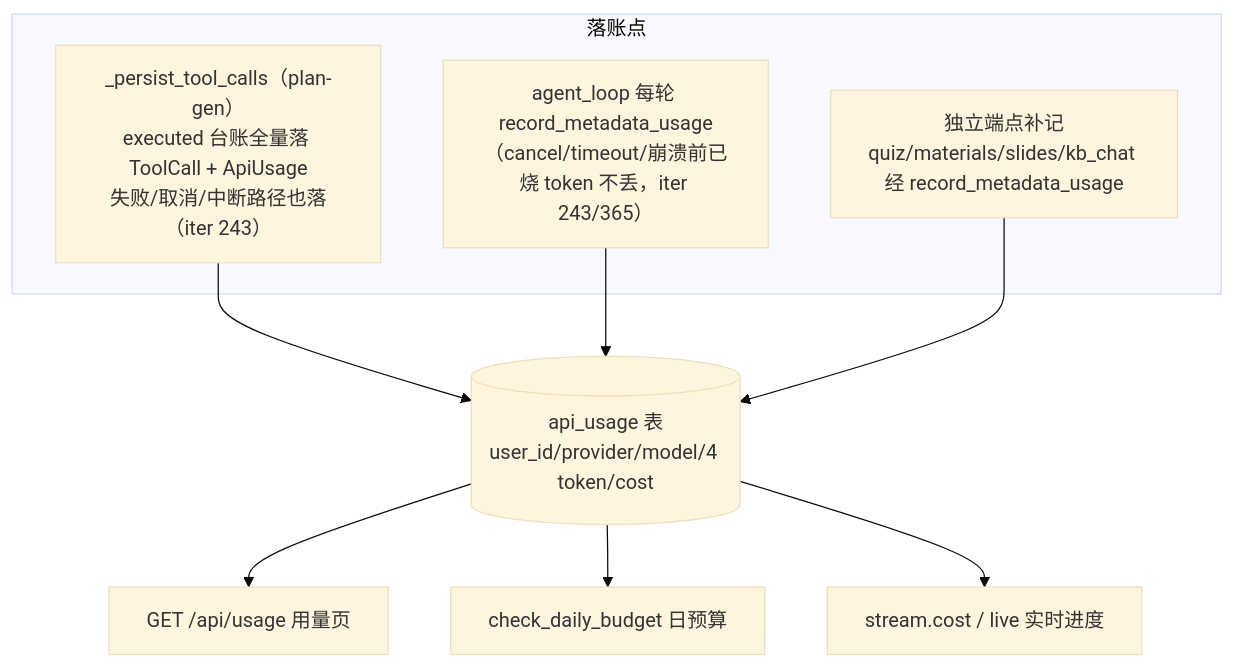
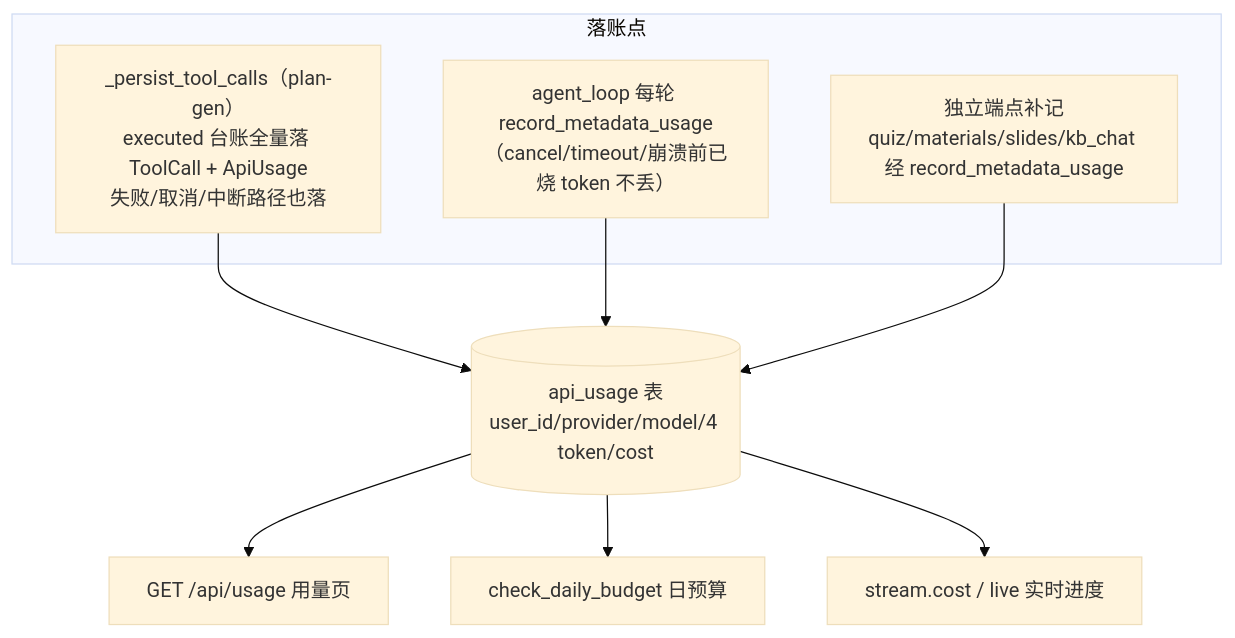
One commit to hershate/Deep-tutor changed the third of 3 diagrams in note/05-LLM供应商与成本计量.md. Above: the diagram before and after it, drawn with Mermaid (base theme). The commit also changed other lines of this file and 5 other files, not shown here.

````diff
--- a/note/05-LLM供应商与成本计量.md
+++ b/note/05-LLM供应商与成本计量.md
@@ -89,12 +112,12 @@
 ```mermaid
 flowchart TD
     subgraph 落账点
-        A1["_persist_tool_calls（plan-gen）<br/>executed 台账全量落 ToolCall + ApiUsage<br/>失败/取消/中断路径也落（iter 243）"]
-        A2["agent_loop 每轮 record_metadata_usage<br/>（cancel/timeout/崩溃前已烧 token 不丢，iter 243/365）"]
+        A1["_persist_tool_calls（plan-gen）<br/>executed 台账全量落 ToolCall + ApiUsage<br/>失败/取消/中断路径也落"]
+        A2["agent_loop 每轮 record_metadata_usage<br/>（cancel/timeout/崩溃前已烧 token 不丢）"]
         A3["独立端点补记<br/>quiz/materials/slides/kb_chat 经 record_metadata_usage"]
     end
     A1 & A2 & A3 --> DB[("api_usage 表<br/>user_id/provider/model/4 token/cost")]
     DB --> D1["GET /api/usage 用量页"]
     DB --> D2["check_daily_budget 日预算"]
     DB --> D3["stream.cost / live 实时进度"]
 ```
````
